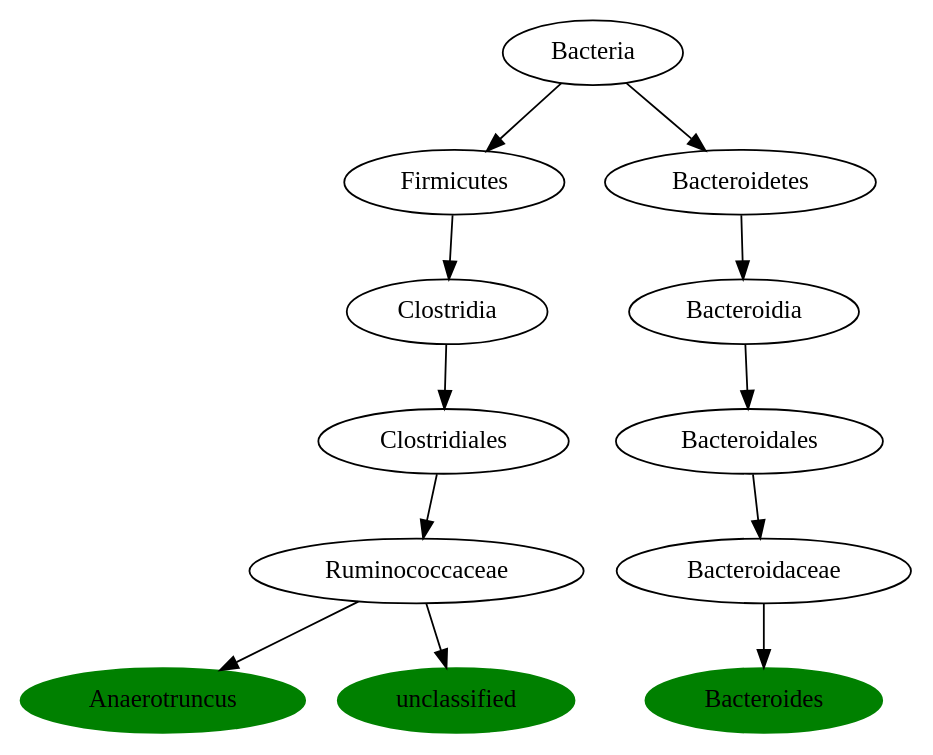
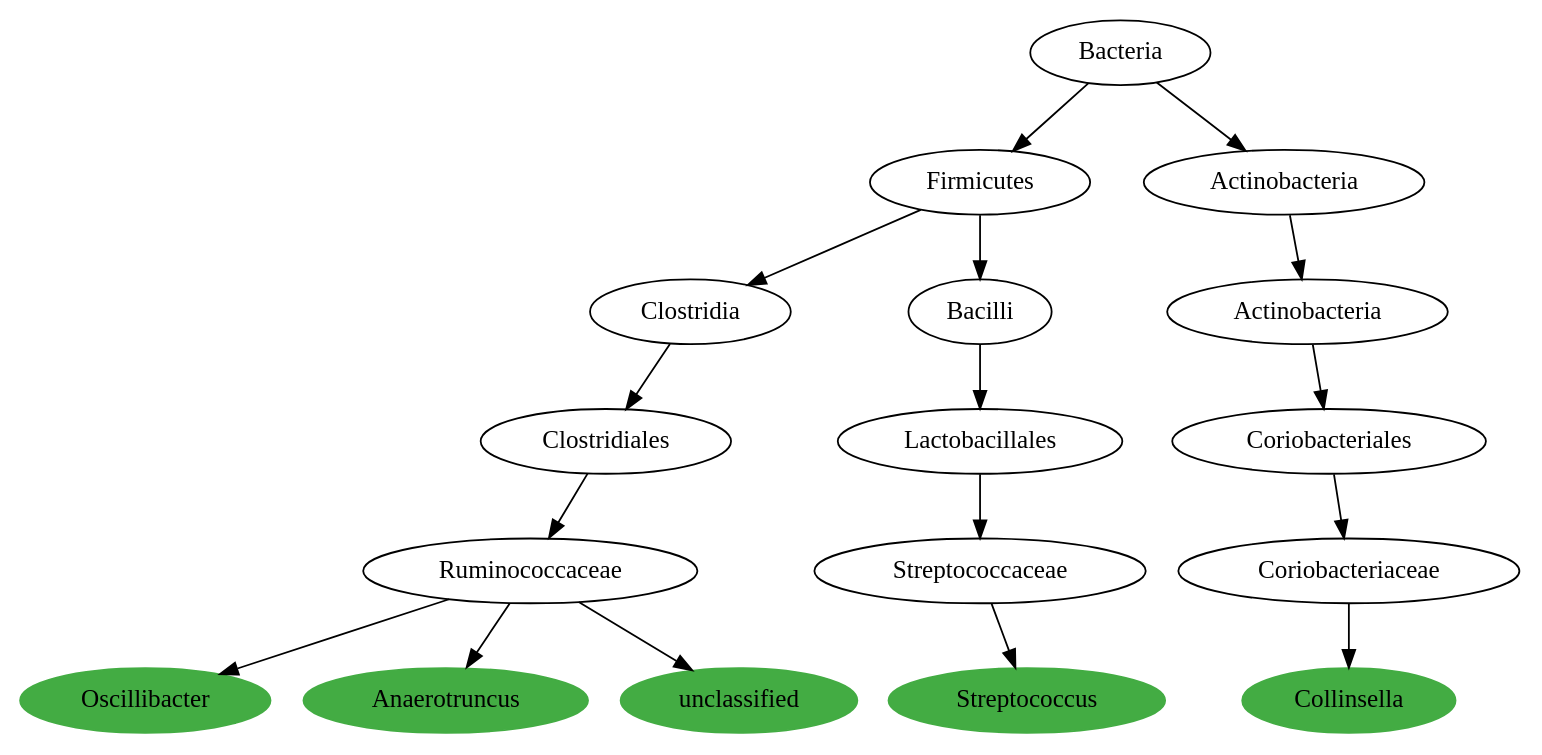
One commit to AndersHqst/thesis changed the diagram in experiments/tmp/phylogenetic-tree/dotfiles/5.dot. Above: the diagram before and after it, drawn with Graphviz. The commit also changed 228 other files, not shown here.

Commit message:
Updated graph coloring scripts. Co-exclusions are now indicated by edge label font coloring, and phylographer will also show u<1 patterns in red only

```diff
--- a/experiments/tmp/phylogenetic-tree/dotfiles/5.dot
+++ b/experiments/tmp/phylogenetic-tree/dotfiles/5.dot
@@ -1,39 +1,56 @@
 digraph G { 
-	RuminococcaceaeAnaerotruncus [label="Anaerotruncus", color="green", style=filled];
+	RuminococcaceaeOscillibacter [label="Oscillibacter", color="#43AC43", style=filled];
 	ClostridialesRuminococcaceae [label="Ruminococcaceae"];
-	RuminococcaceaeAnaerotruncus [label="Anaerotruncus"];
-	ClostridialesRuminococcaceae -> RuminococcaceaeAnaerotruncus;
+	RuminococcaceaeOscillibacter [label="Oscillibacter"];
+	ClostridialesRuminococcaceae -> RuminococcaceaeOscillibacter;
 	ClostridiaClostridiales [label="Clostridiales"];
 	ClostridialesRuminococcaceae [label="Ruminococcaceae"];
 	ClostridiaClostridiales -> ClostridialesRuminococcaceae;
 	FirmicutesClostridia [label="Clostridia"];
 	ClostridiaClostridiales [label="Clostridiales"];
 	FirmicutesClostridia -> ClostridiaClostridiales;
 	BacteriaFirmicutes [label="Firmicutes"];
 	FirmicutesClostridia [label="Clostridia"];
 	BacteriaFirmicutes -> FirmicutesClostridia;
 	Bacteria [label="Bacteria"];
 	BacteriaFirmicutes [label="Firmicutes"];
 	Bacteria -> BacteriaFirmicutes;
-	Ruminococcaceaeunclassified [label="unclassified", color="green", style=filled];
+	RuminococcaceaeAnaerotruncus [label="Anaerotruncus", color="#43AC43", style=filled];
+	ClostridialesRuminococcaceae [label="Ruminococcaceae"];
+	RuminococcaceaeAnaerotruncus [label="Anaerotruncus"];
+	ClostridialesRuminococcaceae -> RuminococcaceaeAnaerotruncus;
+	Ruminococcaceaeunclassified [label="unclassified", color="#43AC43", style=filled];
 	ClostridialesRuminococcaceae [label="Ruminococcaceae"];
 	Ruminococcaceaeunclassified [label="unclassified"];
 	ClostridialesRuminococcaceae -> Ruminococcaceaeunclassified;
-	BacteroidaceaeBacteroides [label="Bacteroides", color="green", style=filled];
-	BacteroidalesBacteroidaceae [label="Bacteroidaceae"];
-	BacteroidaceaeBacteroides [label="Bacteroides"];
-	BacteroidalesBacteroidaceae -> BacteroidaceaeBacteroides;
-	BacteroidiaBacteroidales [label="Bacteroidales"];
-	BacteroidalesBacteroidaceae [label="Bacteroidaceae"];
-	BacteroidiaBacteroidales -> BacteroidalesBacteroidaceae;
-	BacteroidetesBacteroidia [label="Bacteroidia"];
-	BacteroidiaBacteroidales [label="Bacteroidales"];
-	BacteroidetesBacteroidia -> BacteroidiaBacteroidales;
-	BacteriaBacteroidetes [label="Bacteroidetes"];
-	BacteroidetesBacteroidia [label="Bacteroidia"];
-	BacteriaBacteroidetes -> BacteroidetesBacteroidia;
+	StreptococcaceaeStreptococcus [label="Streptococcus", color="#43AC43", style=filled];
+	LactobacillalesStreptococcaceae [label="Streptococcaceae"];
+	StreptococcaceaeStreptococcus [label="Streptococcus"];
+	LactobacillalesStreptococcaceae -> StreptococcaceaeStreptococcus;
+	BacilliLactobacillales [label="Lactobacillales"];
+	LactobacillalesStreptococcaceae [label="Streptococcaceae"];
+	BacilliLactobacillales -> LactobacillalesStreptococcaceae;
+	FirmicutesBacilli [label="Bacilli"];
+	BacilliLactobacillales [label="Lactobacillales"];
+	FirmicutesBacilli -> BacilliLactobacillales;
+	BacteriaFirmicutes [label="Firmicutes"];
+	FirmicutesBacilli [label="Bacilli"];
+	BacteriaFirmicutes -> FirmicutesBacilli;
+	CoriobacteriaceaeCollinsella [label="Collinsella", color="#43AC43", style=filled];
+	CoriobacterialesCoriobacteriaceae [label="Coriobacteriaceae"];
+	CoriobacteriaceaeCollinsella [label="Collinsella"];
+	CoriobacterialesCoriobacteriaceae -> CoriobacteriaceaeCollinsella;
+	ActinobacteriaCoriobacteriales [label="Coriobacteriales"];
+	CoriobacterialesCoriobacteriaceae [label="Coriobacteriaceae"];
+	ActinobacteriaCoriobacteriales -> CoriobacterialesCoriobacteriaceae;
+	ActinobacteriaActinobacteria [label="Actinobacteria"];
+	ActinobacteriaCoriobacteriales [label="Coriobacteriales"];
+	ActinobacteriaActinobacteria -> ActinobacteriaCoriobacteriales;
+	BacteriaActinobacteria [label="Actinobacteria"];
+	ActinobacteriaActinobacteria [label="Actinobacteria"];
+	BacteriaActinobacteria -> ActinobacteriaActinobacteria;
 	Bacteria [label="Bacteria"];
-	BacteriaBacteroidetes [label="Bacteroidetes"];
-	Bacteria -> BacteriaBacteroidetes;
+	BacteriaActinobacteria [label="Actinobacteria"];
+	Bacteria -> BacteriaActinobacteria;
 
  }
```
